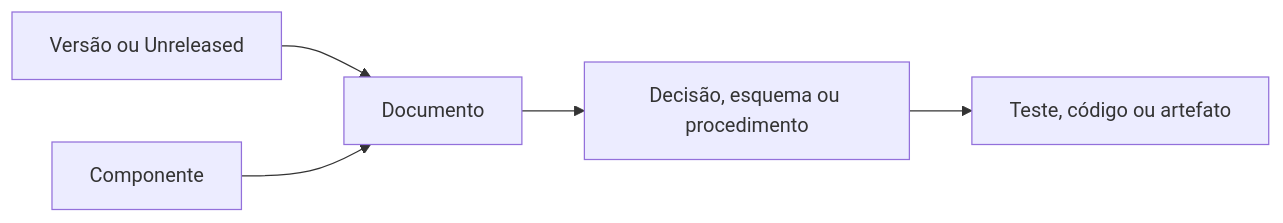
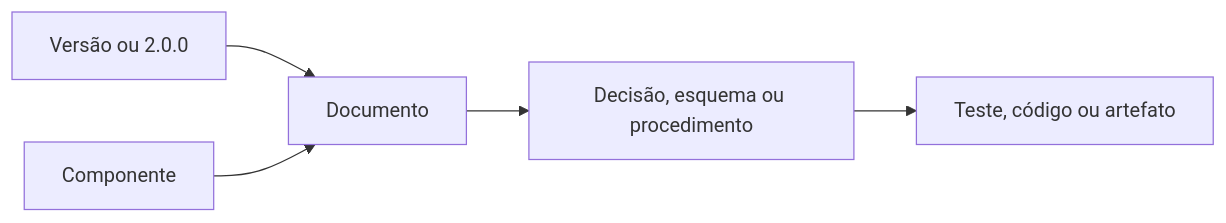
One commit to m4rc3lo/Tic-Tac-Toe changed the diagram in docs/31-matriz-documentacao.md. Above: the diagram before and after it, drawn with Mermaid. The commit also changed other lines of this file and 18 other files, not shown here.

````diff
--- a/docs/31-matriz-documentacao.md
+++ b/docs/31-matriz-documentacao.md
@@ -52,7 +55,7 @@
 ```mermaid
 flowchart LR
-    A[Versão ou Unreleased] --> B[Documento]
+    A[Versão ou 2.0.0] --> B[Documento]
     C[Componente] --> B
     B --> D[Decisão, esquema ou procedimento]
     D --> E[Teste, código ou artefato]
 ```
````
